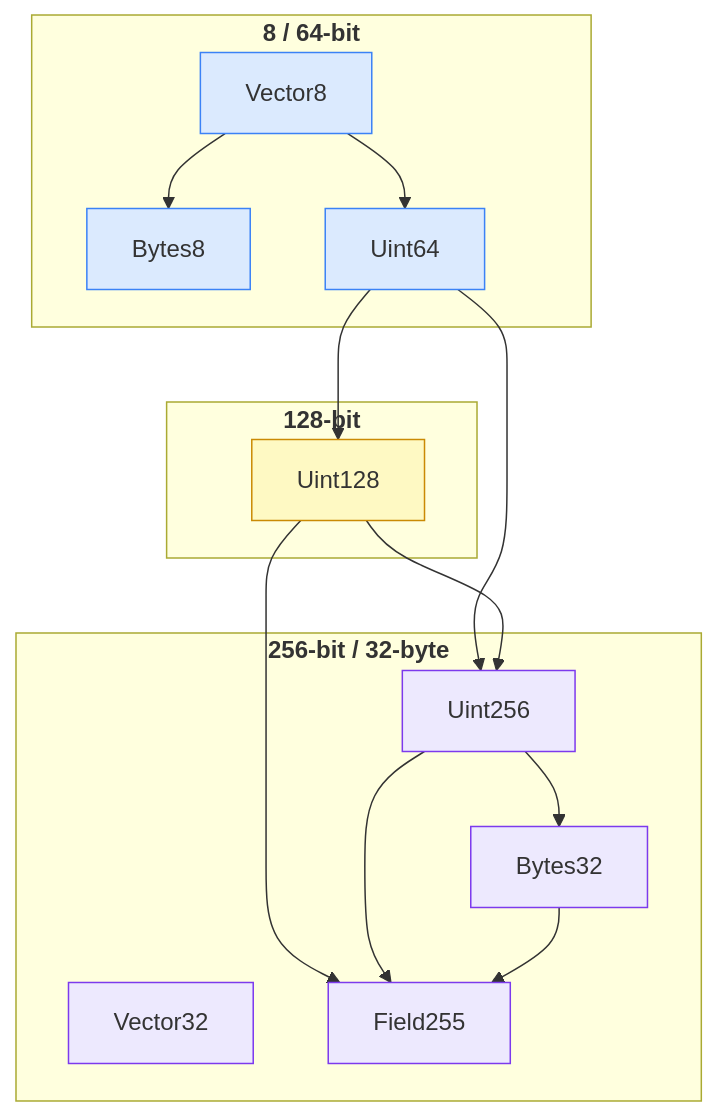
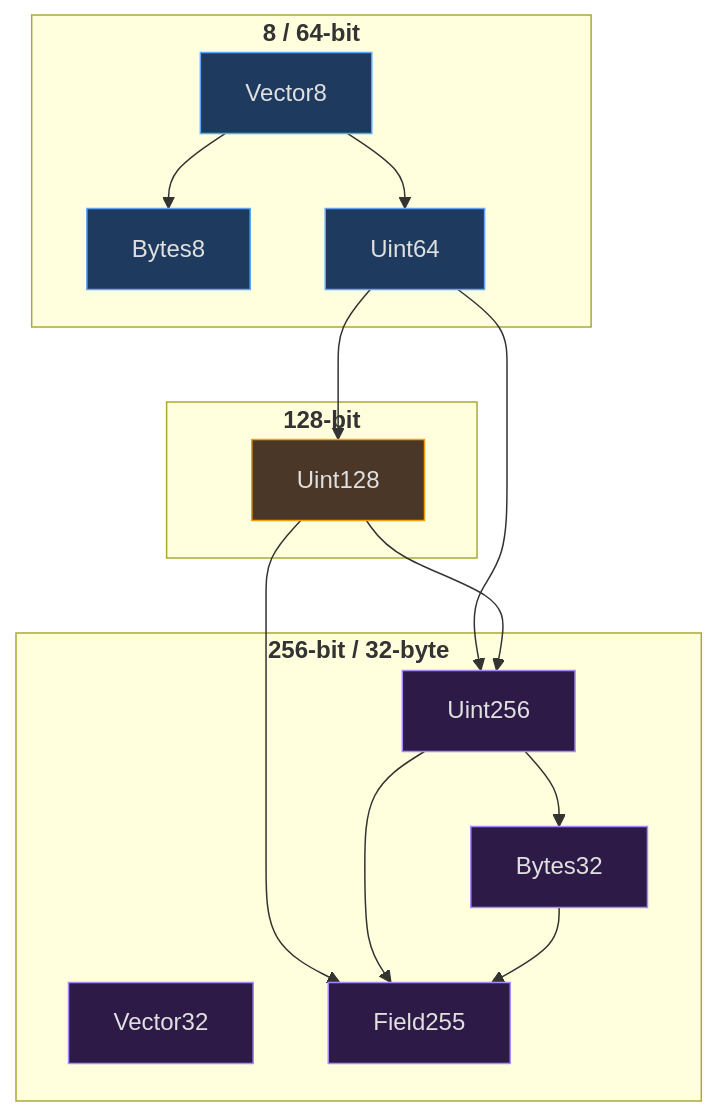
One commit to OpenZeppelin/midnight-apps changed the diagram in contracts/src/math/README.md. Above: the diagram before and after it, drawn with Mermaid.

Commit message:
refactor: adding dependency tree

````diff
--- a/contracts/src/math/README.md
+++ b/contracts/src/math/README.md
@@ -20,38 +20,38 @@
 ```mermaid
 graph TD
     subgraph "<b>8 / 64-bit</b>"
         Vector8
         Bytes8
         Uint64
     end
 
     subgraph "<b>128-bit</b>"
         Uint128
     end
 
     subgraph "<b>256-bit / 32-byte</b>"
         Vector32
         Uint256
         Bytes32
         Field255
     end
 
     Vector8 --> Bytes8
     Vector8 --> Uint64
     Uint64 --> Uint128
     Uint64 --> Uint256
     Uint128 --> Uint256
     Uint128 --> Field255
     Uint256 --> Bytes32
     Uint256 --> Field255
     Bytes32 --> Field255
 
-    style Vector8 fill:#dbeafe,stroke:#3b82f6
-    style Bytes8 fill:#dbeafe,stroke:#3b82f6
-    style Uint64 fill:#dbeafe,stroke:#3b82f6
-    style Uint128 fill:#fef9c3,stroke:#ca8a04
-    style Vector32 fill:#ede9fe,stroke:#7c3aed
-    style Uint256 fill:#ede9fe,stroke:#7c3aed
-    style Bytes32 fill:#ede9fe,stroke:#7c3aed
-    style Field255 fill:#ede9fe,stroke:#7c3aed
+    style Vector8 fill:#1e3a5f,stroke:#60a5fa,color:#e0e0e0
+    style Bytes8 fill:#1e3a5f,stroke:#60a5fa,color:#e0e0e0
+    style Uint64 fill:#1e3a5f,stroke:#60a5fa,color:#e0e0e0
+    style Uint128 fill:#4a3728,stroke:#f59e0b,color:#e0e0e0
+    style Vector32 fill:#2e1a47,stroke:#a78bfa,color:#e0e0e0
+    style Uint256 fill:#2e1a47,stroke:#a78bfa,color:#e0e0e0
+    style Bytes32 fill:#2e1a47,stroke:#a78bfa,color:#e0e0e0
+    style Field255 fill:#2e1a47,stroke:#a78bfa,color:#e0e0e0
 ```
````
